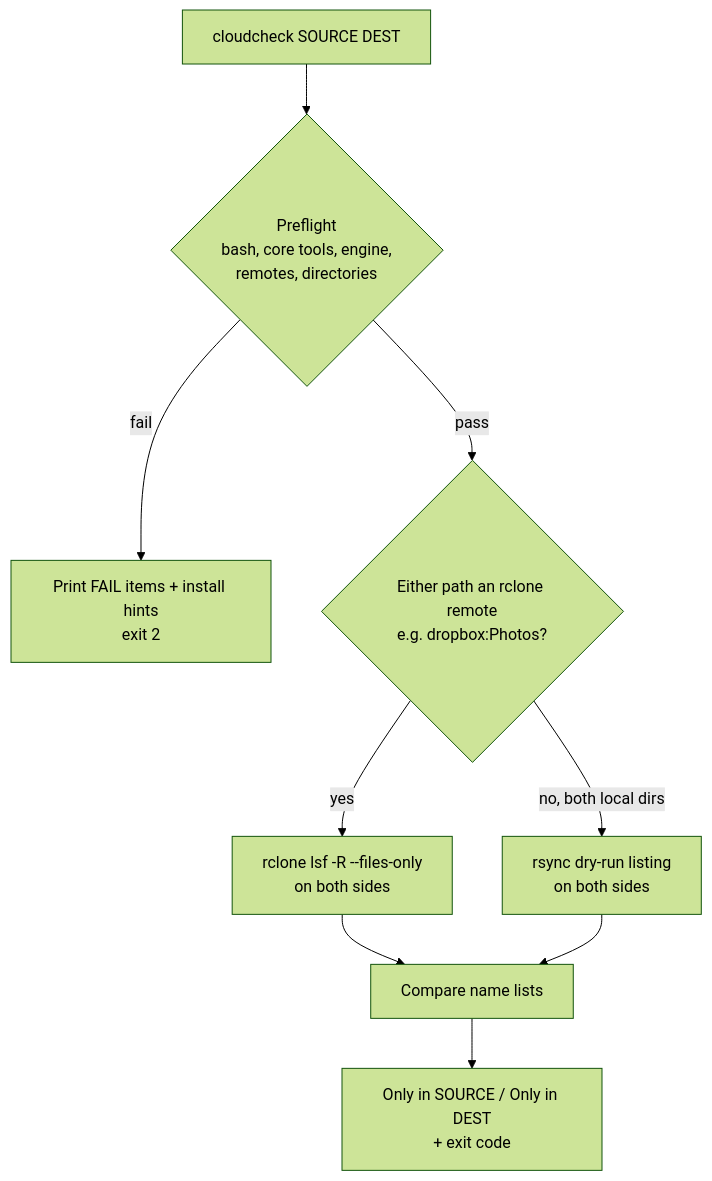
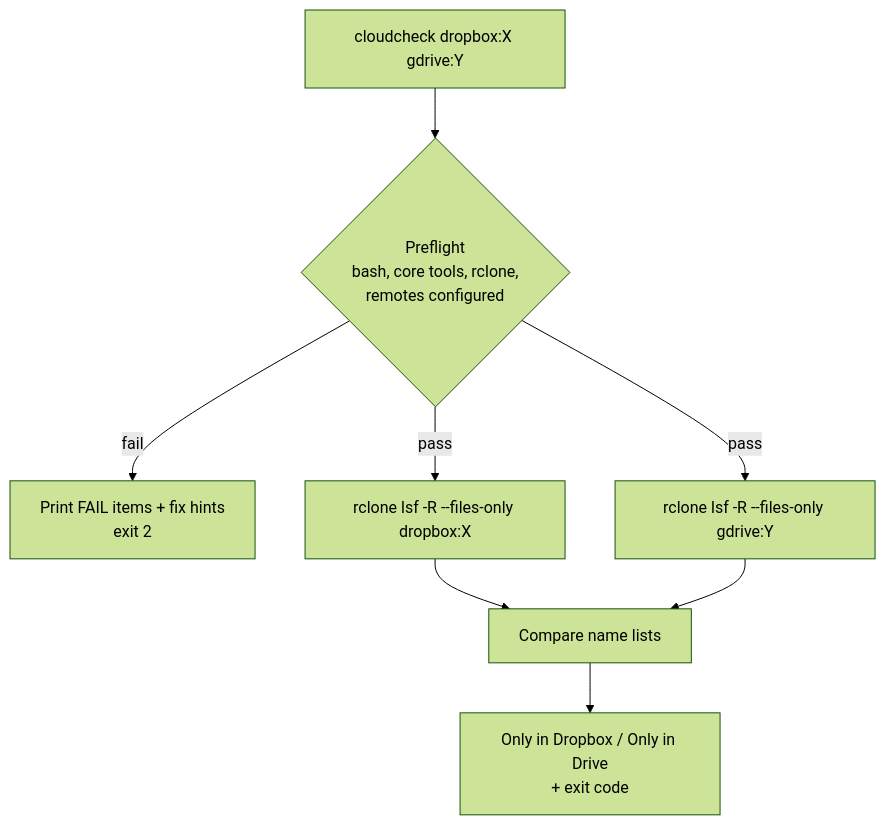
The diagram in tools/cloudcheck/2026_10_10_1928-README.md (cchowgule/cchowgule.github.io), drawn with Mermaid (forest theme) before and after one commit. The commit also changed other lines of this file and 1 other file, not shown here.

First line of the commit message:
cloudcheck: use rclone only

````diff
--- a/tools/cloudcheck/2026_10_10_1928-README.md
+++ b/tools/cloudcheck/2026_10_10_1928-README.md
@@ -9,11 +9,10 @@
 ```mermaid
 flowchart TD
-    A[cloudcheck SOURCE DEST] --> P{Preflight<br/>bash, core tools, engine,<br/>remotes, directories}
-    P -- fail --> X[Print FAIL items + install hints<br/>exit 2]
-    P -- pass --> B{Either path an rclone remote<br/>e.g. dropbox:Photos?}
-    B -- yes --> C[rclone lsf -R --files-only<br/>on both sides]
-    B -- no, both local dirs --> D[rsync dry-run listing<br/>on both sides]
-    C --> E[Compare name lists]
-    D --> E
-    E --> F[Only in SOURCE / Only in DEST<br/>+ exit code]
+    A[cloudcheck dropbox:X gdrive:Y] --> P{Preflight<br/>bash, core tools, rclone,<br/>remotes configured}
+    P -- fail --> F[Print FAIL items + fix hints<br/>exit 2]
+    P -- pass --> L1[rclone lsf -R --files-only dropbox:X]
+    P -- pass --> L2[rclone lsf -R --files-only gdrive:Y]
+    L1 --> C[Compare name lists]
+    L2 --> C
+    C --> R[Only in Dropbox / Only in Drive<br/>+ exit code]
 ```
````
